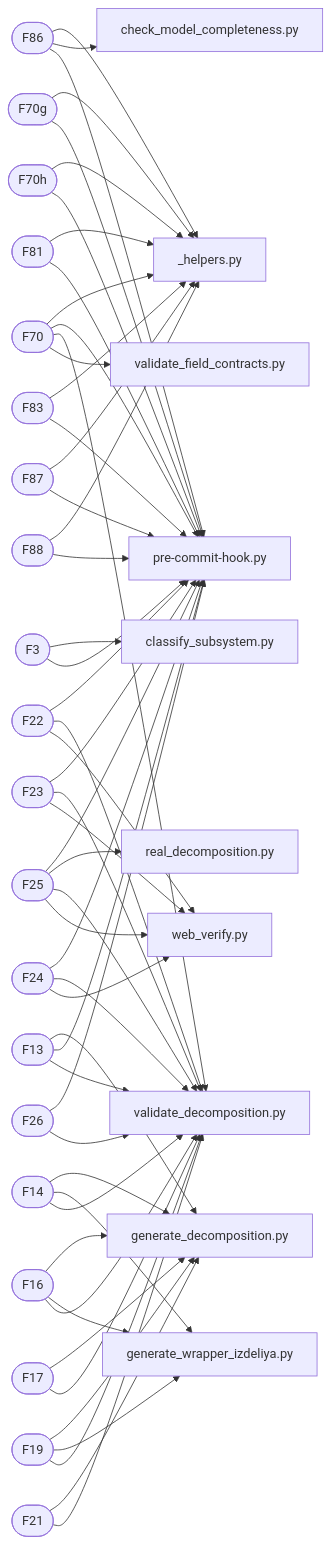
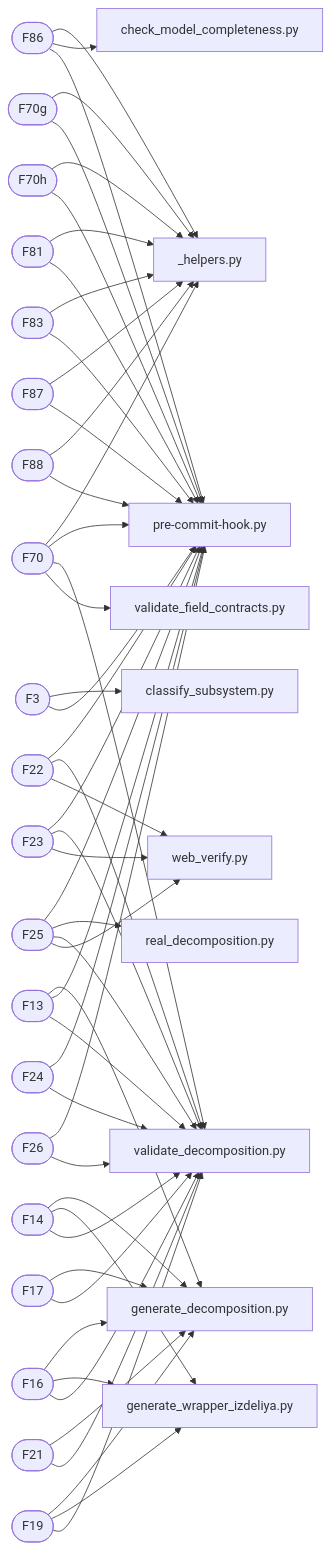
One commit to a-m-e-n-t-e-t/SkyNet changed the diagram in graphs/mermaid/graph3_traceability.md. Above: the diagram before and after it, drawn with Mermaid. The commit also changed other lines of this file and 10 other files, not shown here.

```diff
--- a/graphs/mermaid/graph3_traceability.md
+++ b/graphs/mermaid/graph3_traceability.md
@@ -69,13 +69,6 @@
     F23 --> script_validate_decomposition_py
     script_web_verify_py[web_verify.py]
     F23 --> script_web_verify_py
-    F24([F24])
-    script_pre-commit-hook_py[pre-commit-hook.py]
-    F24 --> script_pre-commit-hook_py
-    script_validate_decomposition_py[validate_decomposition.py]
-    F24 --> script_validate_decomposition_py
-    script_web_verify_py[web_verify.py]
-    F24 --> script_web_verify_py
     F70g([F70g])
     script__helpers_py[_helpers.py]
     F70g --> script__helpers_py
@@ -121,6 +114,11 @@
     F21 --> script_generate_decomposition_py
     script_validate_decomposition_py[validate_decomposition.py]
     F21 --> script_validate_decomposition_py
+    F24([F24])
+    script_pre-commit-hook_py[pre-commit-hook.py]
+    F24 --> script_pre-commit-hook_py
+    script_validate_decomposition_py[validate_decomposition.py]
+    F24 --> script_validate_decomposition_py
     F26([F26])
     script_pre-commit-hook_py[pre-commit-hook.py]
     F26 --> script_pre-commit-hook_py
```
